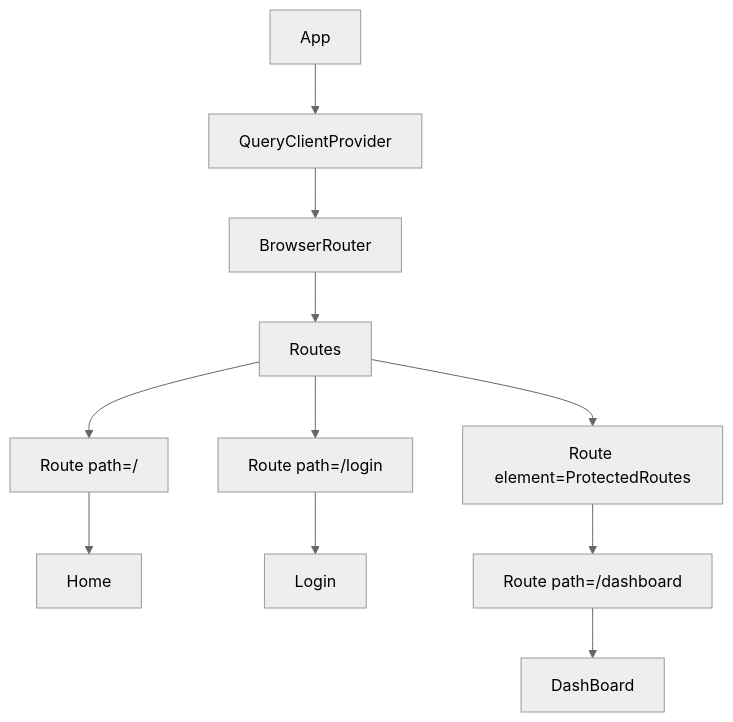
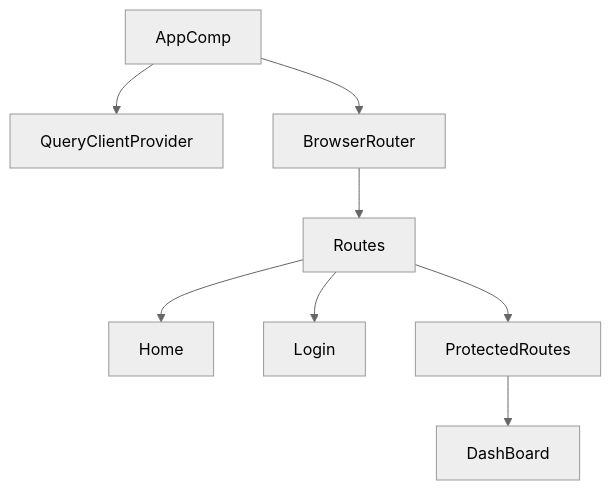
One commit to test-company-prowiz/Easy-Repo changed the diagram in docs/grms-frontend/src/App.tsx.md. Above: the diagram before and after it, drawn with Mermaid (neutral theme). The commit also changed other lines of this file, not shown here.

Commit message:
docs: auto-generated documentation for docs/grms-frontend/src/App.tsx.md

````diff
--- a/docs/grms-frontend/src/App.tsx.md
+++ b/docs/grms-frontend/src/App.tsx.md
@@ -43,13 +49,10 @@
 ```mermaid
 graph TD
-A[App] --> B[QueryClientProvider]
-B --> C[BrowserRouter]
-C --> D[Routes]
-D --> E[RouteHome]
-D --> F[RouteLogin]
-D --> G[RouteProtected]
-E[Route path=/] --> H[Home]
-F[Route path=/login] --> I[Login]
-G[Route element=ProtectedRoutes] --> J[RouteDashBoard]
-J[Route path=/dashboard] --> K[DashBoard]
+AppComp --> QueryClientProviderWrapper[QueryClientProvider]
+AppComp --> ReactRouter[BrowserRouter]
+ReactRouter --> RoutesDefinition[Routes]
+RoutesDefinition --> HomePage[Home]
+RoutesDefinition --> LoginPage[Login]
+RoutesDefinition --> ProtectedRoutesWrapper[ProtectedRoutes]
+ProtectedRoutesWrapper --> DashboardPage[DashBoard]
 ```
````
